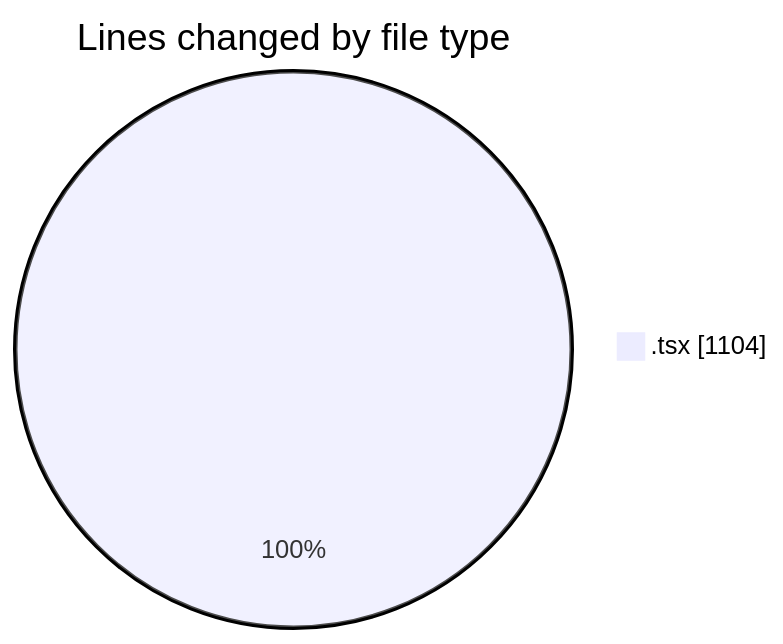
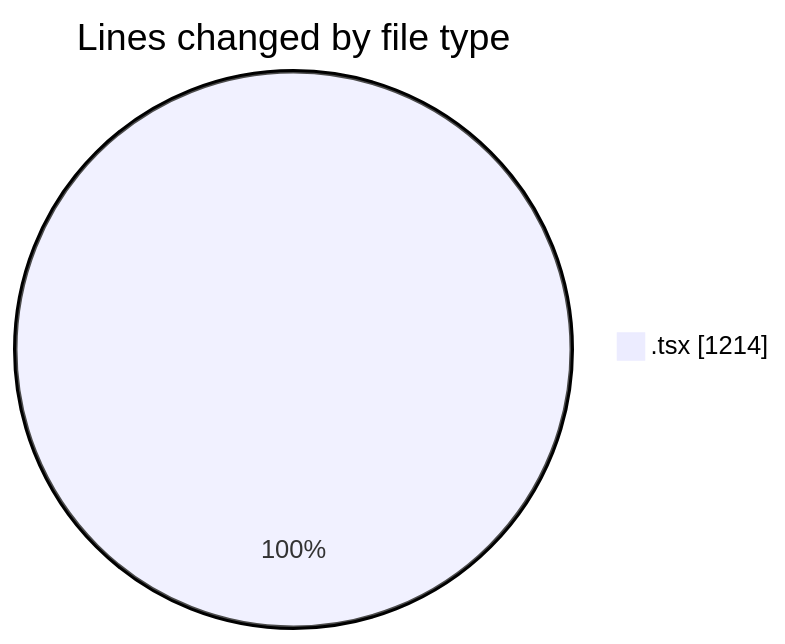
Before and after one commit to Ritupan-Deka/code-tracking: the first of 2 diagrams in 2025-10-20/scopecraft/README.md, drawn with Mermaid. The commit also changed other lines of this file and 1 other file, not shown here.

````diff
--- a/2025-10-20/scopecraft/README.md
+++ b/2025-10-20/scopecraft/README.md
@@ -29,5 +30,5 @@
 ```mermaid
 pie showData
 title Lines changed by file type
-".tsx" : 1104
+".tsx" : 1214
 ```
````
